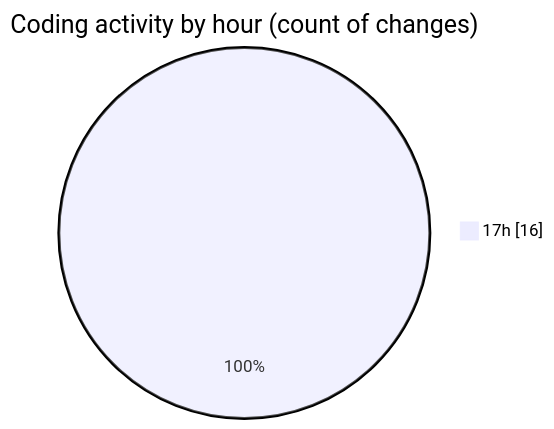
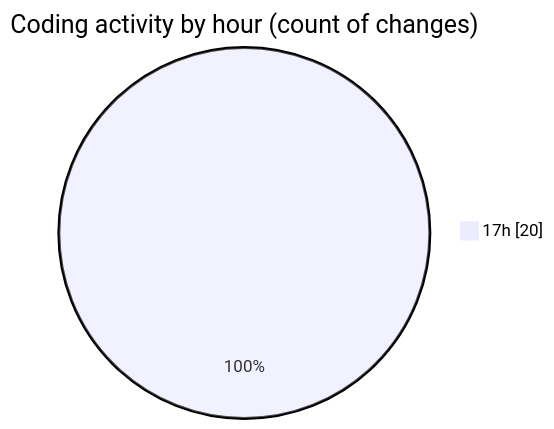
One commit to idhammustaqopulfikri/code-tracking changed the second of 2 diagrams in 2025-11-11/futsal/README.md. Above: the diagram before and after it, drawn with Mermaid. The commit also changed other lines of this file and 1 other file, not shown here.

````diff
--- a/2025-11-11/futsal/README.md
+++ b/2025-11-11/futsal/README.md
@@ -35,5 +37,5 @@
 ```mermaid
 pie showData
 title Coding activity by hour (count of changes)
-"17h" : 16
+"17h" : 20
 ```
````
